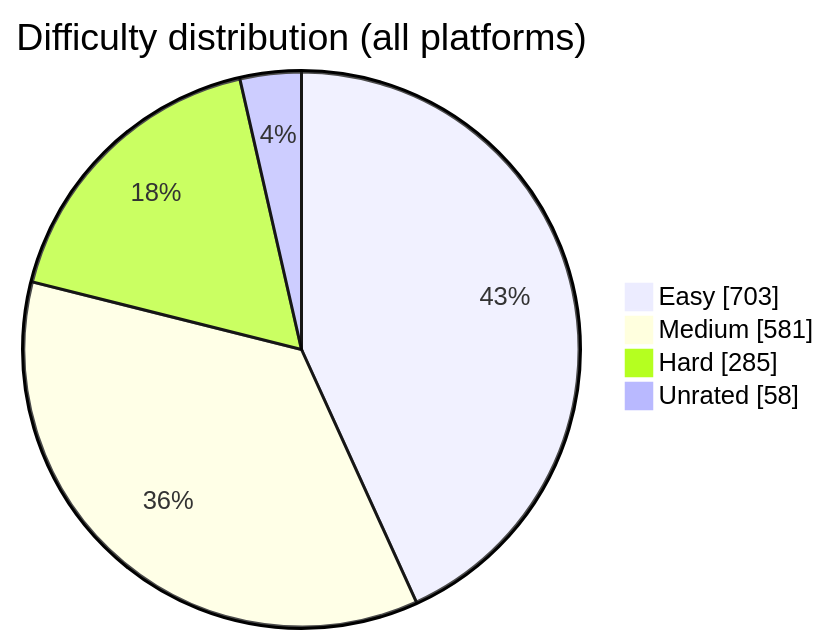
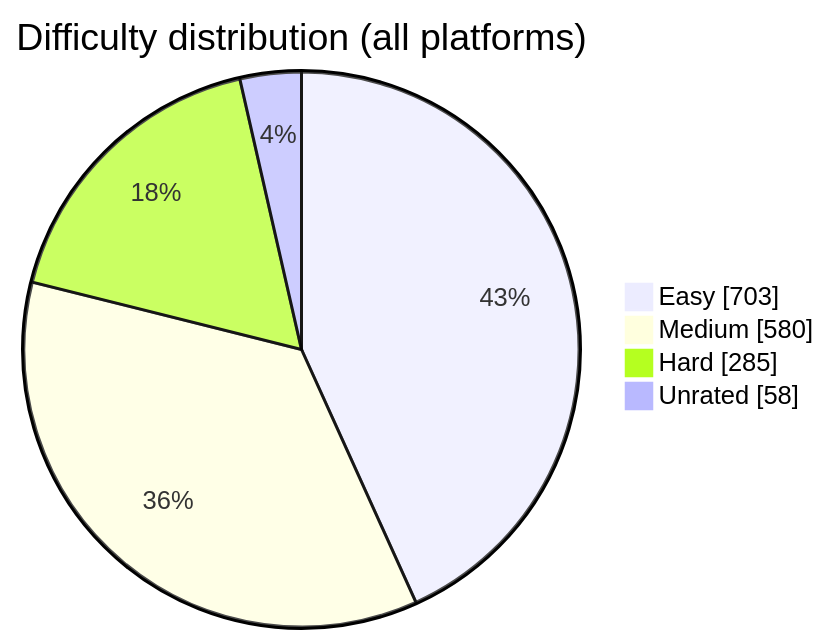
Before and after one commit to BuildbyArindam/Daily-Coding-Log: the diagram in README.md, drawn with Mermaid. The commit also changed other lines of this file, not shown here.

````diff
--- a/README.md
+++ b/README.md
@@ -93,7 +93,7 @@
 ```mermaid
 pie showData title Difficulty distribution (all platforms)
     "Easy" : 703
-    "Medium" : 581
+    "Medium" : 580
     "Hard" : 285
     "Unrated" : 58
 ```
````
